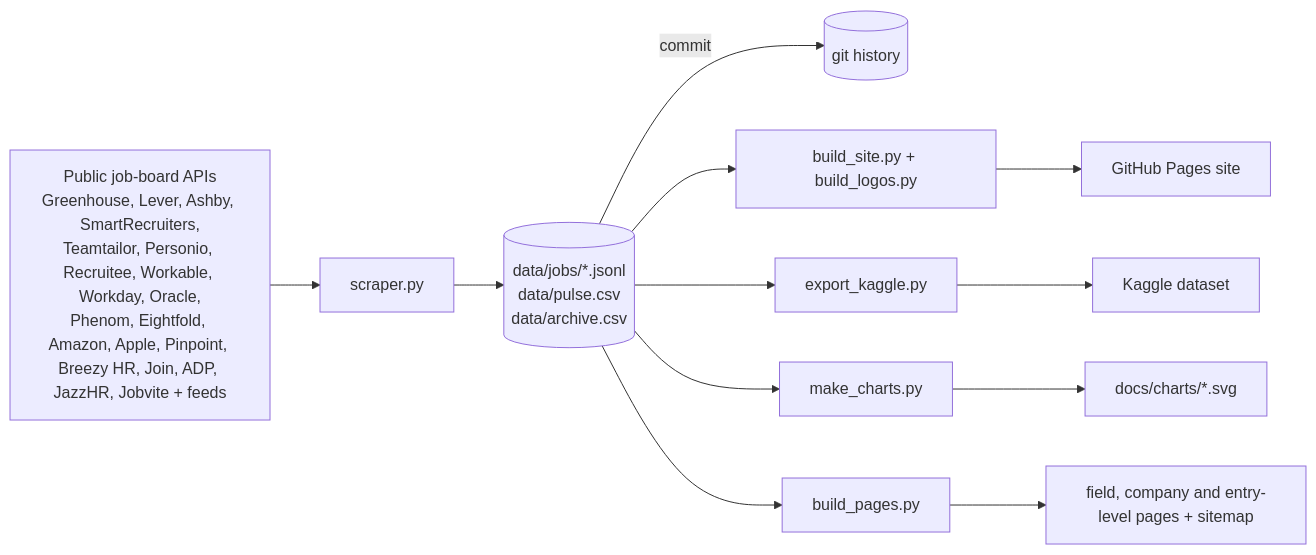
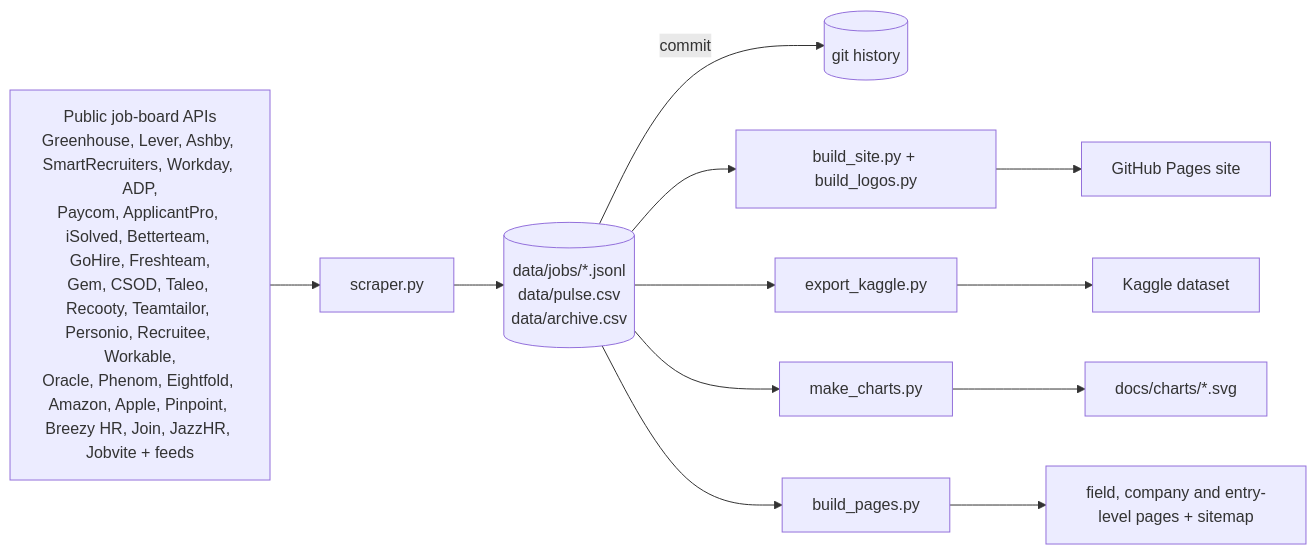
One commit to chandranshB/roleBase changed the diagram in README.md. Above: the diagram before and after it, drawn with Mermaid. The commit also changed other lines of this file and 73494 other files, not shown here.

````diff
--- a/README.md
+++ b/README.md
@@ -71,10 +71,10 @@
 ```mermaid
 flowchart LR
-  A["Public job-board APIs<br/>Greenhouse, Lever, Ashby, SmartRecruiters,<br/>Teamtailor, Personio, Recruitee, Workable, Workday, Oracle,<br/>Phenom, Eightfold, Amazon, Apple, Pinpoint, Breezy HR, Join, ADP, JazzHR, Jobvite + feeds"] --> B[scraper.py]
+  A["Public job-board APIs<br/>Greenhouse, Lever, Ashby, SmartRecruiters, Workday, ADP,<br/>Paycom, ApplicantPro, iSolved, Betterteam, GoHire, Freshteam,<br/>Gem, CSOD, Taleo, Recooty, Teamtailor, Personio, Recruitee, Workable,<br/>Oracle, Phenom, Eightfold, Amazon, Apple, Pinpoint, Breezy HR, Join, JazzHR, Jobvite + feeds"] --> B[scraper.py]
   B --> C[("data/jobs/*.jsonl<br/>data/pulse.csv<br/>data/archive.csv")]
   C -->|commit| G[(git history)]
   C --> D[build_site.py + build_logos.py] --> E[GitHub Pages site]
   C --> F[export_kaggle.py] --> H[Kaggle dataset]
   C --> I[make_charts.py] --> J[docs/charts/*.svg]
   C --> K[build_pages.py] --> L[field, company and entry-level pages + sitemap]
 ```
````
